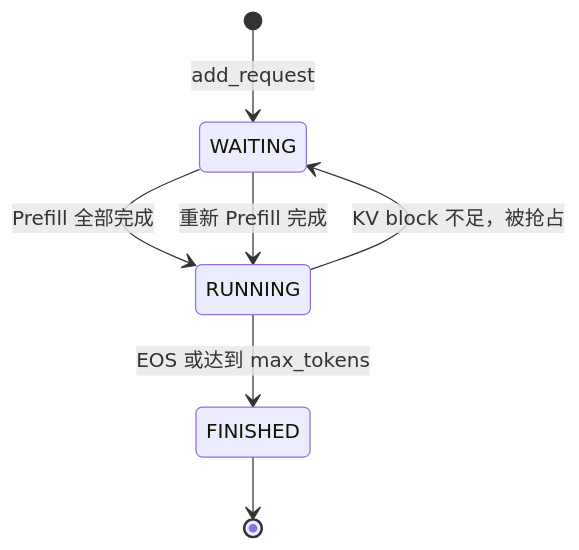
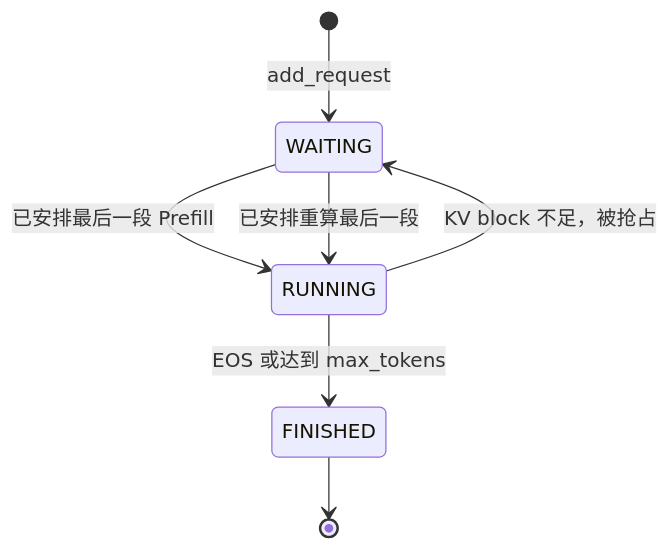
The second of 3 diagrams in NANO_VLLM_ZERO_TO_ONE_ZH.md (vinsonnnnn/nano-vllm), drawn with Mermaid before and after one commit. The commit also changed other lines of this file, not shown here.

````diff
--- a/NANO_VLLM_ZERO_TO_ONE_ZH.md
+++ b/NANO_VLLM_ZERO_TO_ONE_ZH.md
@@ -1364,9 +1676,9 @@
 ```mermaid
 stateDiagram-v2
     [*] --> WAITING: add_request
-    WAITING --> RUNNING: Prefill 全部完成
+    WAITING --> RUNNING: 已安排最后一段 Prefill
     RUNNING --> FINISHED: EOS 或达到 max_tokens
     RUNNING --> WAITING: KV block 不足，被抢占
-    WAITING --> RUNNING: 重新 Prefill 完成
+    WAITING --> RUNNING: 已安排重算最后一段
     FINISHED --> [*]
 ```
````
